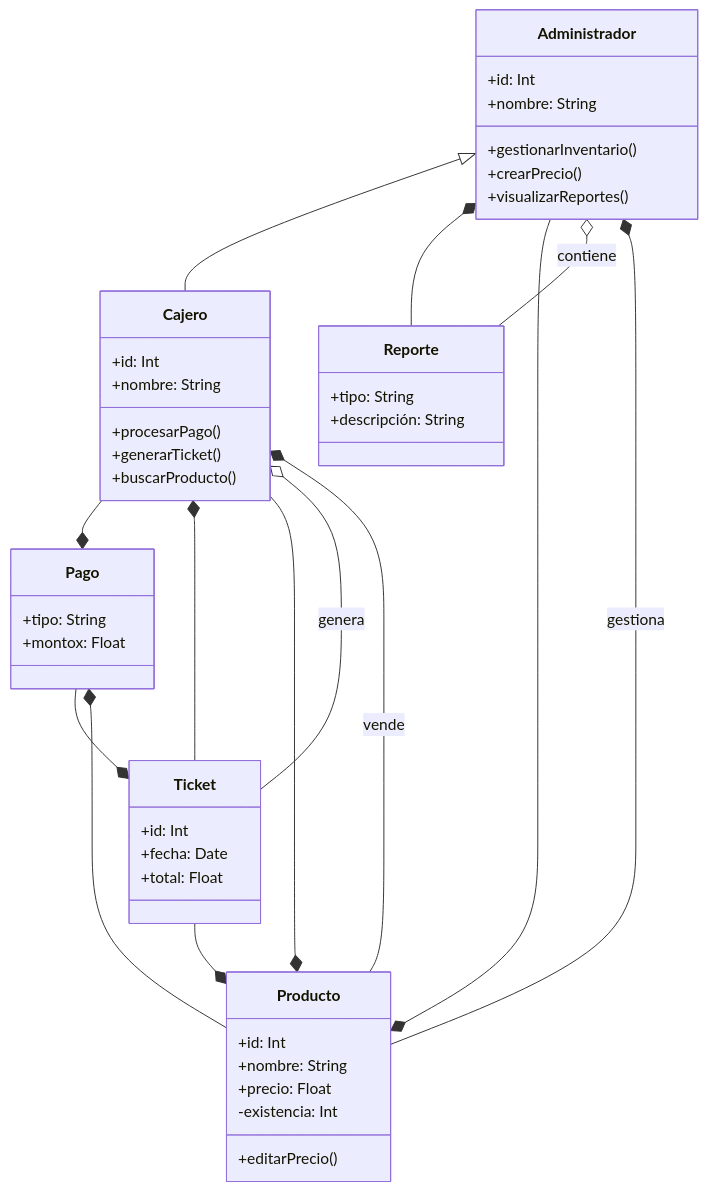
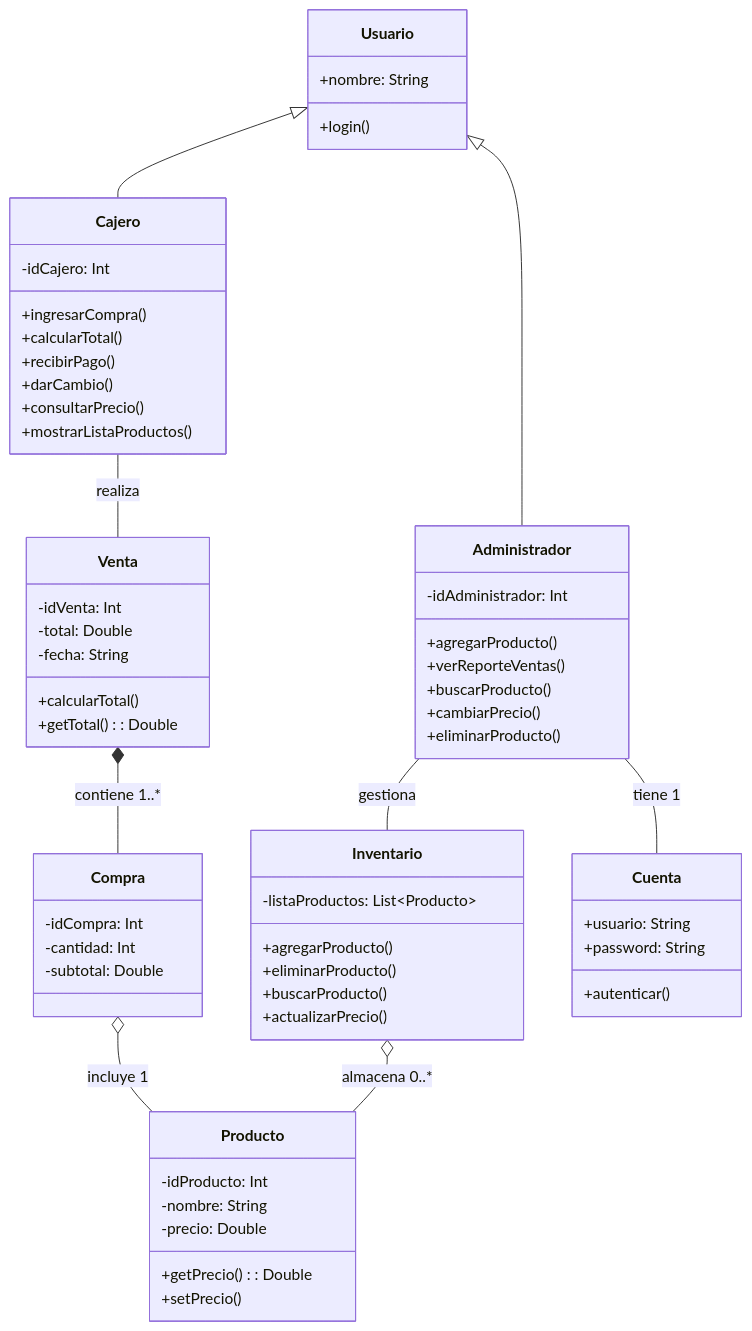
The diagram in diagram_clases.mmd (paoloVD21/taller), drawn with Mermaid before and after one commit. The commit also changed 10 other files, not shown here.

Commit message:
Se agrego diagrama de secuencia y de estados

````diff
--- a/diagram_clases.mmd
+++ b/diagram_clases.mmd
@@ -1,48 +1,64 @@
 classDiagram
-    class Administrador {
-        +id: Int
+    class Usuario {
         +nombre: String
-        +gestionarInventario()
-        +crearPrecio()
-        +visualizarReportes()
+        +login()
     }
     class Cajero {
-        +id: Int
-        +nombre: String
-        +procesarPago()
-        +generarTicket()
+        -idCajero: Int
+        +ingresarCompra()
+        +calcularTotal()
+        +recibirPago()
+        +darCambio()
+        +consultarPrecio()
+        +mostrarListaProductos()
+    }
+    class Administrador {
+        -idAdministrador: Int
+        +agregarProducto()
+        +verReporteVentas()
         +buscarProducto()
+        +cambiarPrecio()
+        +eliminarProducto()
     }
+    Usuario <|-- Cajero
+    Usuario <|-- Administrador
+    
     class Producto {
-        +id: Int
-        +nombre: String
-        +precio: Float
-        -existencia: Int
-        +editarPrecio()
+        -idProducto: Int
+        -nombre: String
+        -precio: Double
+        +getPrecio(): Double
+        +setPrecio()
     }
-    class Pago {
-        +tipo: String
-        +montox: Float
+    class Venta {
+        -idVenta: Int
+        -total: Double
+        -fecha: String
+        +calcularTotal()
+        +getTotal(): Double
     }
-    class Ticket {
-        +id: Int
-        +fecha: Date
-        +total: Float
+    class Compra {
+        -idCompra: Int
+        -cantidad: Int
+        -subtotal: Double
     }
-    class Reporte {
-        +tipo: String
-        +descripción: String
+    class Inventario {
+        -listaProductos: List~Producto~
+        +agregarProducto()
+        +eliminarProducto()
+        +buscarProducto()
+        +actualizarPrecio()
     }
-    Administrador <|-- Cajero
-    Cajero --* Pago
-    Pago --* Ticket
-    Administrador *-- Reporte
-    Cajero *-- Ticket
-    Administrador --* Producto
-    Cajero --* Producto
-    Producto --* Pago
-    Ticket --* Producto
-    Administrador o-- Reporte : contiene
-    Cajero o-- Ticket : genera
-    Administrador *-- Producto : gestiona
-    Cajero *-- Producto : vende
+    Administrador -- Inventario : gestiona
+    Cajero -- Venta : realiza
+    Venta *-- Compra : contiene 1..*
+    Compra o-- Producto : incluye 1
+    Inventario o-- Producto : almacena 0..*
+    
+    class Cuenta {
+        +usuario: String
+        +password: String
+        +autenticar()
+    }
+    Administrador -- Cuenta : tiene 1
+```
````
